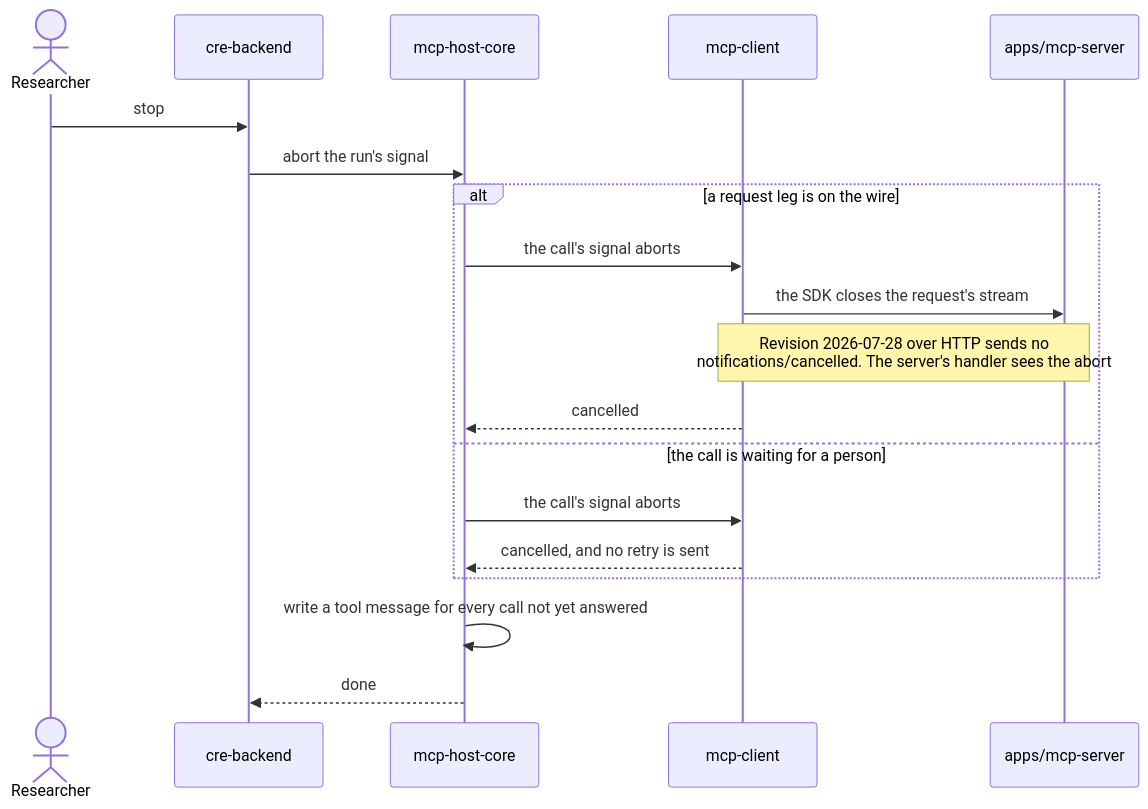
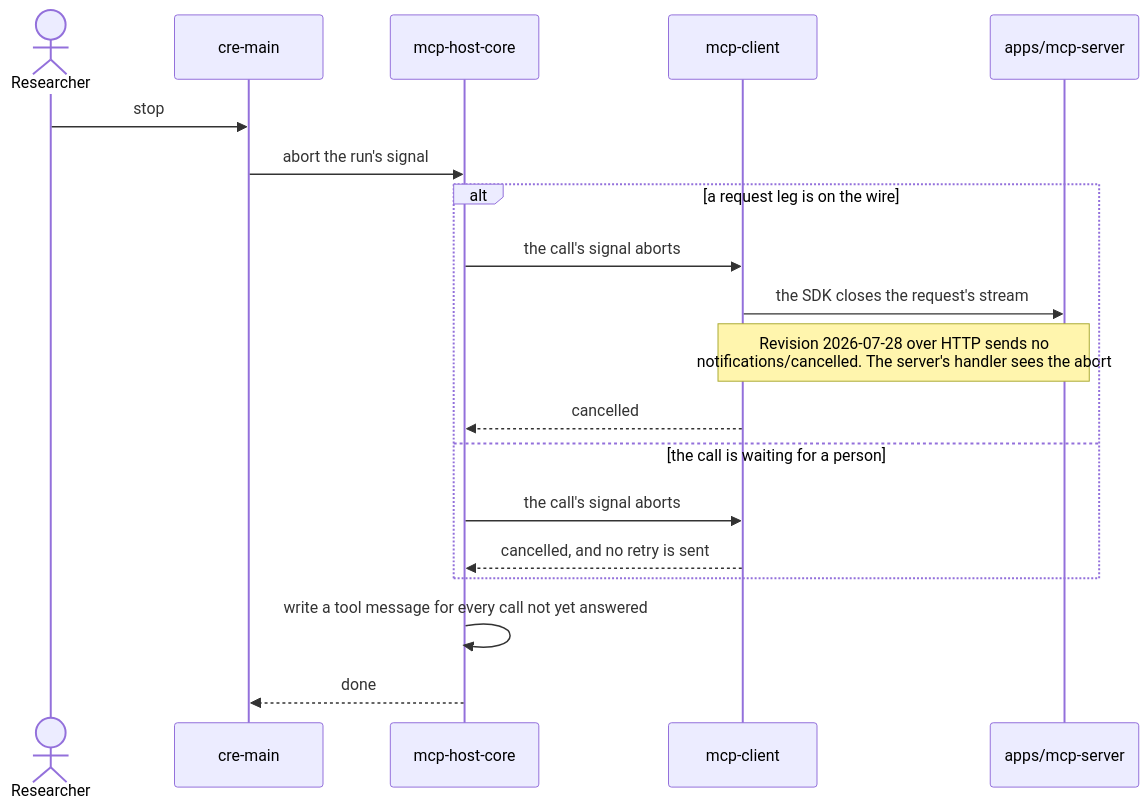
The fifth of 5 diagrams in .dev/docs/mcp-host/architecture.md (overture-stack/arranger), drawn with Mermaid before and after one commit. The commit also changed other lines of this file and 7 other files, not shown here.

````diff
--- a/.dev/docs/mcp-host/architecture.md
+++ b/.dev/docs/mcp-host/architecture.md
@@ -269,22 +268,22 @@
 ```mermaid
 sequenceDiagram
     actor P as Researcher
-    participant CS as cre-backend
+    participant CS as cre-main
     participant HC as mcp-host-core
     participant MC as mcp-client
     participant MS as apps/mcp-server
 
     P->>CS: stop
     CS->>HC: abort the run's signal
     alt a request leg is on the wire
         HC->>MC: the call's signal aborts
         MC->>MS: the SDK closes the request's stream
         Note over MC,MS: Revision 2026-07-28 over HTTP sends no<br/>notifications/cancelled. The server's handler sees the abort
         MC-->>HC: cancelled
     else the call is waiting for a person
         HC->>MC: the call's signal aborts
         MC-->>HC: cancelled, and no retry is sent
     end
     HC->>HC: write a tool message for every call not yet answered
     HC-->>CS: done
 ```
````
